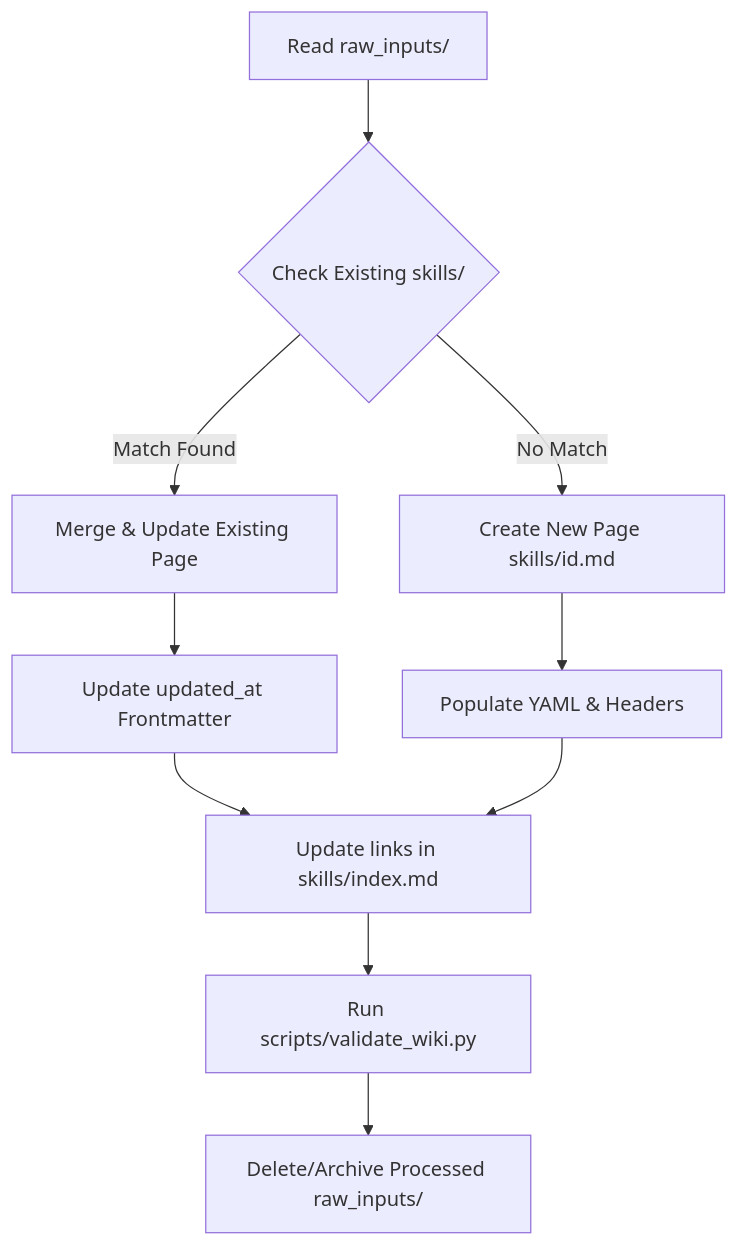
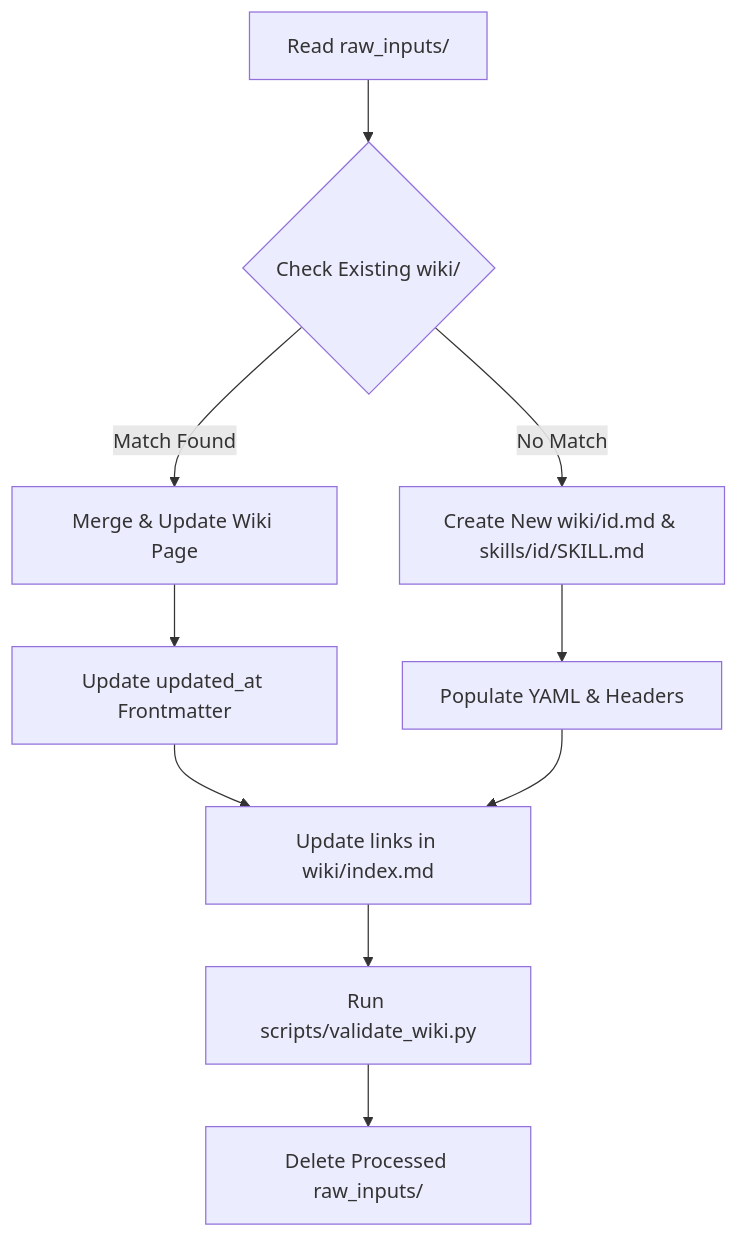
One commit to a1ag3ntdav3/agent-skill-collection changed the diagram in README.md. Above: the diagram before and after it, drawn with Mermaid. The commit also changed other lines of this file and 21 other files, not shown here.

Commit message:
Migrate database to split architecture (wiki/ and skills/)

````diff
--- a/README.md
+++ b/README.md
@@ -68,12 +77,12 @@
 ```mermaid
 graph TD
-    A[Read raw_inputs/] --> B{Check Existing skills/}
-    B -- Match Found --> C[Merge & Update Existing Page]
-    B -- No Match --> D[Create New Page skills/id.md]
+    A[Read raw_inputs/] --> B{Check Existing wiki/}
+    B -- Match Found --> C[Merge & Update Wiki Page]
+    B -- No Match --> D[Create New wiki/id.md & skills/id/SKILL.md]
     C --> E[Update updated_at Frontmatter]
     D --> F[Populate YAML & Headers]
-    E --> G[Update links in skills/index.md]
+    E --> G[Update links in wiki/index.md]
     F --> G
     G --> H[Run scripts/validate_wiki.py]
-    H --> I[Delete/Archive Processed raw_inputs/]
+    H --> I[Delete Processed raw_inputs/]
 ```
````
